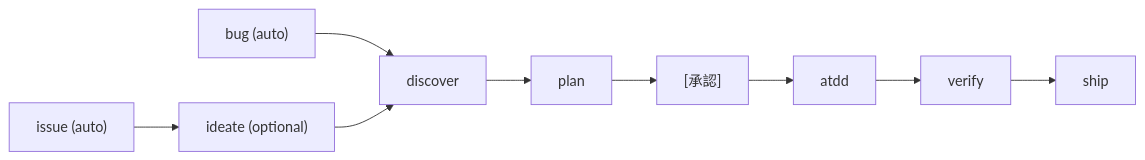
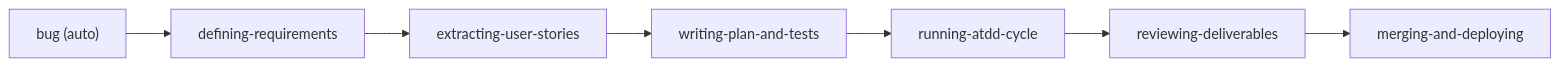
Before and after one commit to o3-ozono/atdd-kit: the diagram in README.ja.md, drawn with Mermaid. The commit also changed other lines of this file and 175 other files, not shown here.

````diff
--- a/README.ja.md
+++ b/README.ja.md
@@ -71,6 +71,9 @@
 ```mermaid
 flowchart LR
-  bug["bug (auto)"] --> discover
-  issue["issue (auto)"] --> ideate["ideate (optional)"] --> discover
-  discover --> plan --> approval["[承認]"] --> atdd --> verify --> ship
+  bug["bug (auto)"] --> dr
+  dr["defining-requirements"] --> us["extracting-user-stories"]
+  us --> plan["writing-plan-and-tests"]
+  plan --> atdd["running-atdd-cycle"]
+  atdd --> review["reviewing-deliverables"]
+  review --> ship["merging-and-deploying"]
 ```
````
